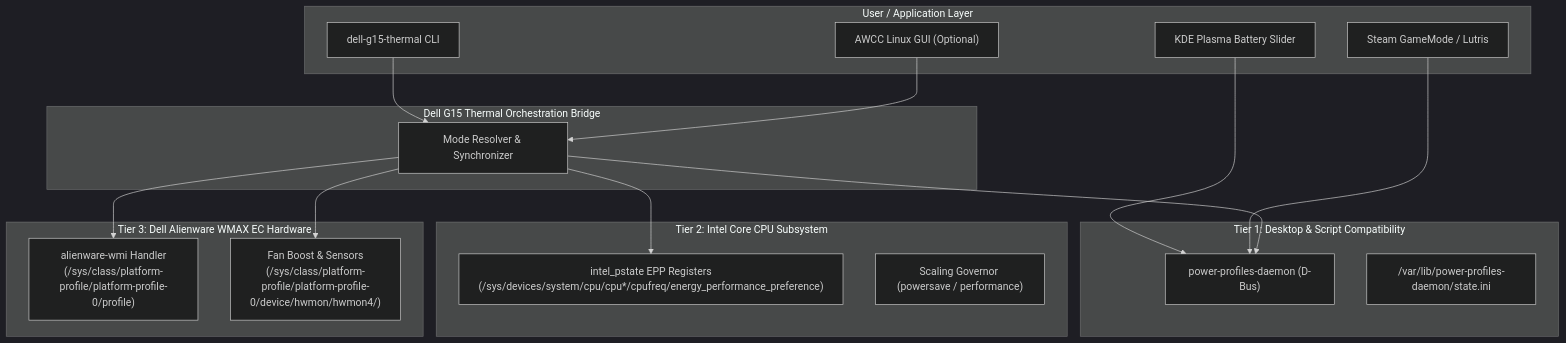
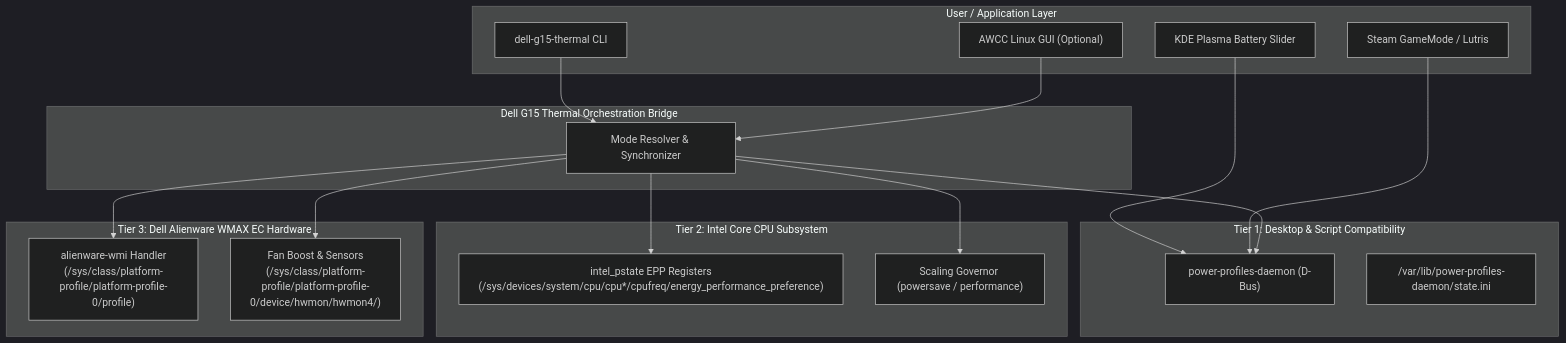
One commit to ullu1221/dell-g15-thermal-control changed the diagram in docs/ARCHITECTURE_AND_SOLUTION.md. Above: the diagram before and after it, drawn with Mermaid (dark theme). The commit also changed other lines of this file and 4 other files, not shown here.

Commit message:
feat: update architecture diagrams, permissions, and docs with CPU scaling governor

````diff
--- a/docs/ARCHITECTURE_AND_SOLUTION.md
+++ b/docs/ARCHITECTURE_AND_SOLUTION.md
@@ -19,38 +19,39 @@
 ```mermaid
 flowchart TD
     subgraph UI ["User / Application Layer"]
         CLI["dell-g15-thermal CLI"]
         KDE["KDE Plasma Battery Slider"]
         Games["Steam GameMode / Lutris"]
         AWCC_GUI["AWCC Linux GUI (Optional)"]
     end
 
     subgraph Bridge ["Dell G15 Thermal Orchestration Bridge"]
         Router["Mode Resolver & Synchronizer"]
     end
 
     subgraph DbusLayer ["Tier 1: Desktop & Script Compatibility"]
         PPD["power-profiles-daemon (D-Bus)"]
         PPD_State["/var/lib/power-profiles-daemon/state.ini"]
     end
 
     subgraph CpuLayer ["Tier 2: Intel Core CPU Subsystem"]
         EPP["intel_pstate EPP Registers\n(/sys/devices/system/cpu/cpu*/cpufreq/energy_performance_preference)"]
         Gov["Scaling Governor (powersave / performance)"]
     end
 
     subgraph WmaxLayer ["Tier 3: Dell Alienware WMAX EC Hardware"]
         WMAX["alienware-wmi Handler\n(/sys/class/platform-profile/platform-profile-0/profile)"]
         HWMON["Fan Boost & Sensors\n(/sys/class/platform-profile/platform-profile-0/device/hwmon/hwmon4/)"]
     end
 
     CLI --> Router
     KDE --> PPD
     Games --> PPD
     AWCC_GUI --> Router
 
     Router --> PPD
+    Router --> Gov
     Router --> EPP
     Router --> WMAX
     Router --> HWMON
 ```
````
